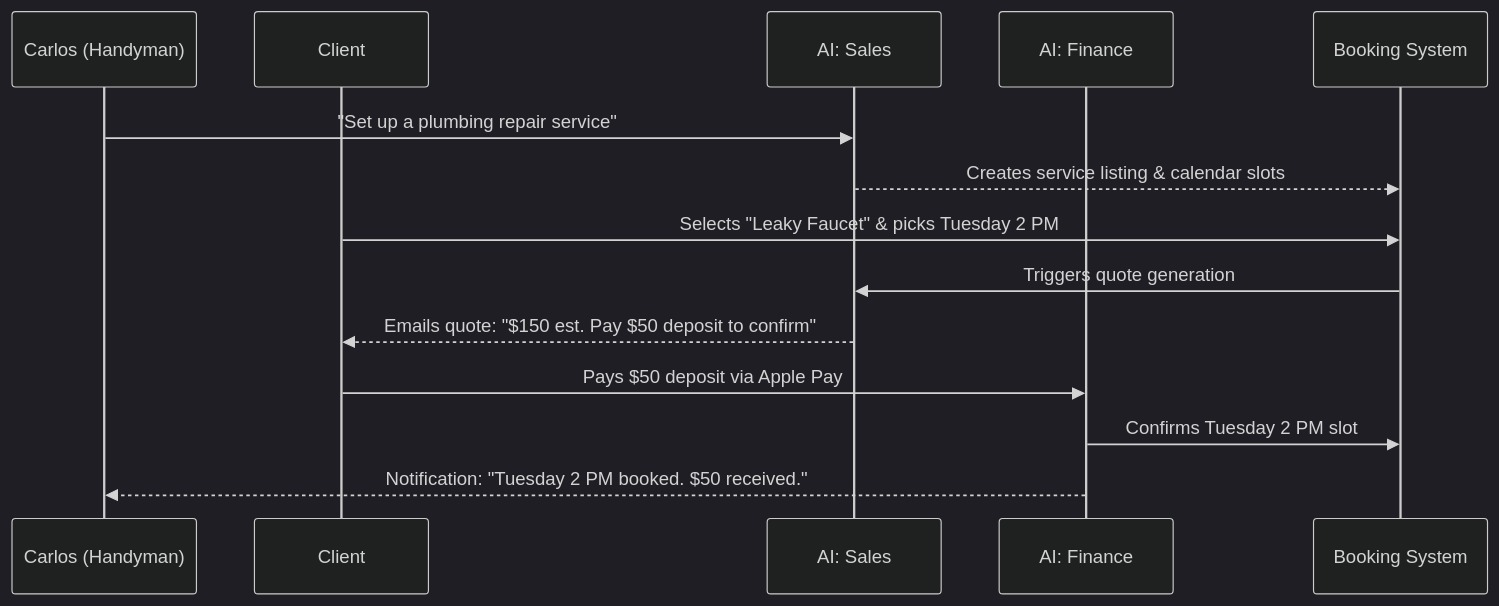
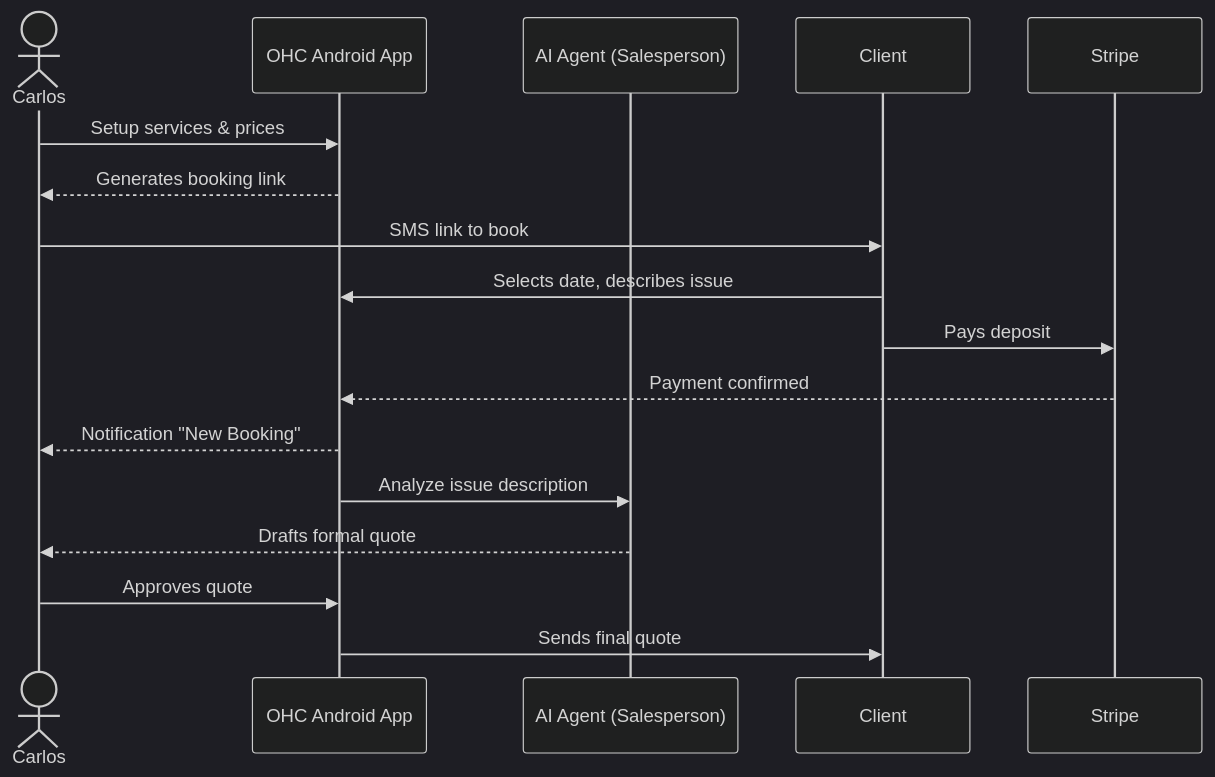
The second of 5 diagrams in docs/architecture/ohc_business_journey_architecture.md (omnisolo-llc/onehumancorp), drawn with Mermaid (dark theme) before and after one commit. The commit also changed other lines of this file, not shown here.

First line of the commit message:
🔨 Forge: Business Journey Architecture Design Doc (#14207)

````diff
--- a/docs/architecture/ohc_business_journey_architecture.md
+++ b/docs/architecture/ohc_business_journey_architecture.md
@@ -69,17 +57,20 @@
 ```mermaid
 sequenceDiagram
-    participant Carlos as Carlos (Handyman)
-    participant Client as Client
-    participant Sales as AI: Sales
-    participant Fin as AI: Finance
-    participant Cal as Booking System
+    actor Carlos
+    participant OHC Android App
+    participant AI Agent (Salesperson)
+    participant Client
+    participant Stripe
 
-    Carlos->>Sales: "Set up a plumbing repair service"
-    Sales-->>Cal: Creates service listing & calendar slots
-    Client->>Cal: Selects "Leaky Faucet" & picks Tuesday 2 PM
-    Cal->>Sales: Triggers quote generation
-    Sales-->>Client: Emails quote: "$150 est. Pay $50 deposit to confirm"
-    Client->>Fin: Pays $50 deposit via Apple Pay
-    Fin->>Cal: Confirms Tuesday 2 PM slot
-    Fin-->>Carlos: Notification: "Tuesday 2 PM booked. $50 received."
+    Carlos->>OHC Android App: Setup services & prices
+    OHC Android App-->>Carlos: Generates booking link
+    Carlos->>Client: SMS link to book
+    Client->>OHC Android App: Selects date, describes issue
+    Client->>Stripe: Pays deposit
+    Stripe-->>OHC Android App: Payment confirmed
+    OHC Android App-->>Carlos: Notification "New Booking"
+    OHC Android App->>AI Agent (Salesperson): Analyze issue description
+    AI Agent (Salesperson)-->>Carlos: Drafts formal quote
+    Carlos->>OHC Android App: Approves quote
+    OHC Android App->>Client: Sends final quote
 ```
````
